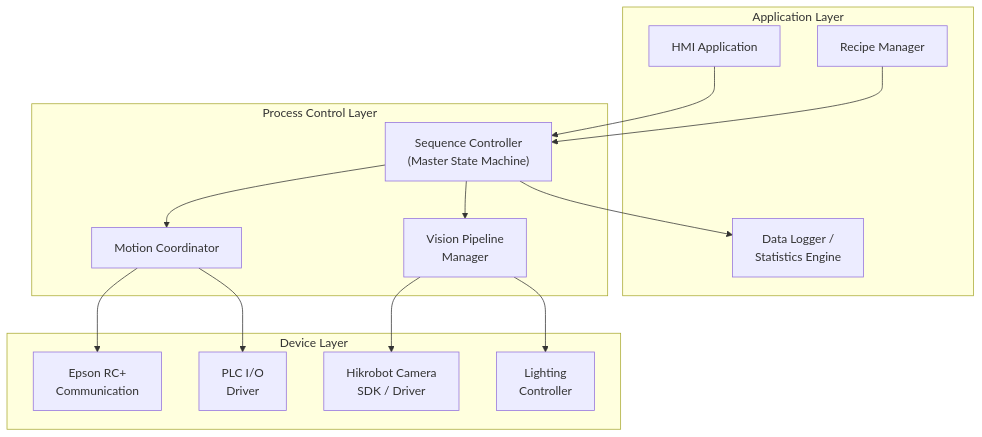
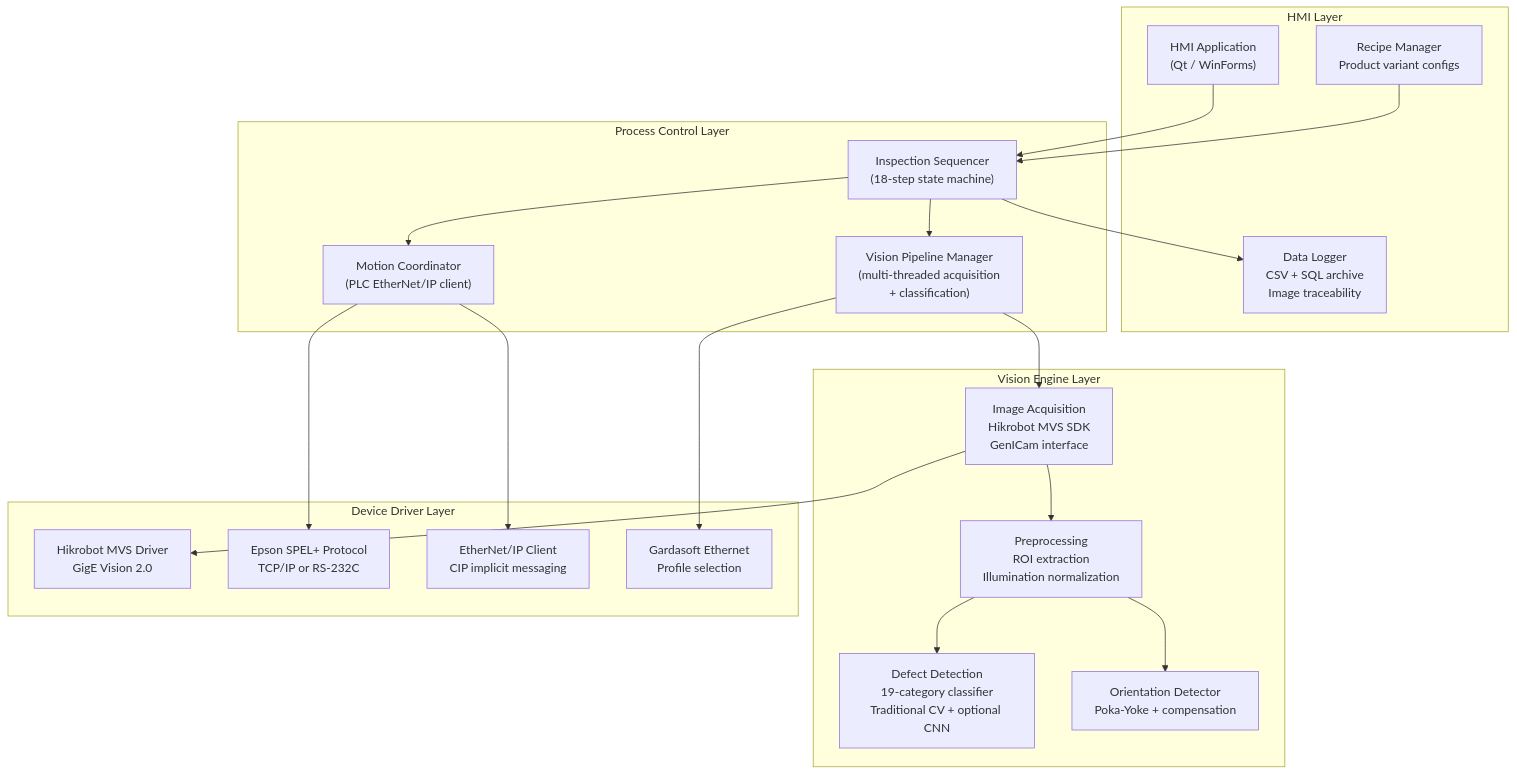
The third of 3 diagrams in docs/system-architecture.md (Rongxuan-Zhou/AOI-sys-for-TI), drawn with Mermaid before and after one commit. The commit also changed other lines of this file and 4 other files, not shown here.

First line of the commit message:
feat: add architecture diagrams + deep system architecture rewrite

````diff
--- a/docs/system-architecture.md
+++ b/docs/system-architecture.md
@@ -301,31 +339,42 @@
 ```mermaid
 graph TB
-    subgraph "Application Layer"
-        HMI_APP["HMI Application"]
-        RECIPE["Recipe Manager"]
-        LOG["Data Logger /<br/>Statistics Engine"]
+    subgraph "HMI Layer"
+        HMI_APP["HMI Application<br/>(Qt / WinForms)"]
+        RECIPE["Recipe Manager<br/>Product variant configs"]
+        LOG["Data Logger<br/>CSV + SQL archive<br/>Image traceability"]
     end
-    
+
     subgraph "Process Control Layer"
-        SEQ["Sequence Controller<br/>(Master State Machine)"]
-        MOTION["Motion Coordinator"]
-        VISION["Vision Pipeline<br/>Manager"]
+        SEQ["Inspection Sequencer<br/>(18-step state machine)"]
+        MOTION["Motion Coordinator<br/>(PLC EtherNet/IP client)"]
+        VISION["Vision Pipeline Manager<br/>(multi-threaded acquisition<br/>+ classification)"]
     end
-    
-    subgraph "Device Layer"
-        CAM_DRV["Hikrobot Camera<br/>SDK / Driver"]
-        ROB_DRV["Epson RC+<br/>Communication"]
-        IO_DRV["PLC I/O<br/>Driver"]
-        LIGHT_DRV["Lighting<br/>Controller"]
+
+    subgraph "Vision Engine Layer"
+        ACQ["Image Acquisition<br/>Hikrobot MVS SDK<br/>GenICam interface"]
+        PREPROC["Preprocessing<br/>ROI extraction<br/>Illumination normalization"]
+        DETECT["Defect Detection<br/>19-category classifier<br/>Traditional CV + optional CNN"]
+        ORIENT["Orientation Detector<br/>Poka-Yoke + compensation"]
     end
-    
+
+    subgraph "Device Driver Layer"
+        CAM_DRV["Hikrobot MVS Driver<br/>GigE Vision 2.0"]
+        ROB_DRV["Epson SPEL+ Protocol<br/>TCP/IP or RS-232C"]
+        PLC_DRV["EtherNet/IP Client<br/>CIP implicit messaging"]
+        LIGHT_DRV["Gardasoft Ethernet<br/>Profile selection"]
+    end
+
     HMI_APP --> SEQ
     RECIPE --> SEQ
     SEQ --> MOTION
     SEQ --> VISION
+    SEQ --> LOG
+    MOTION --> PLC_DRV
     MOTION --> ROB_DRV
-    MOTION --> IO_DRV
-    VISION --> CAM_DRV
+    VISION --> ACQ
+    ACQ --> PREPROC
+    PREPROC --> DETECT
+    PREPROC --> ORIENT
+    ACQ --> CAM_DRV
     VISION --> LIGHT_DRV
-    SEQ --> LOG
 ```
````
